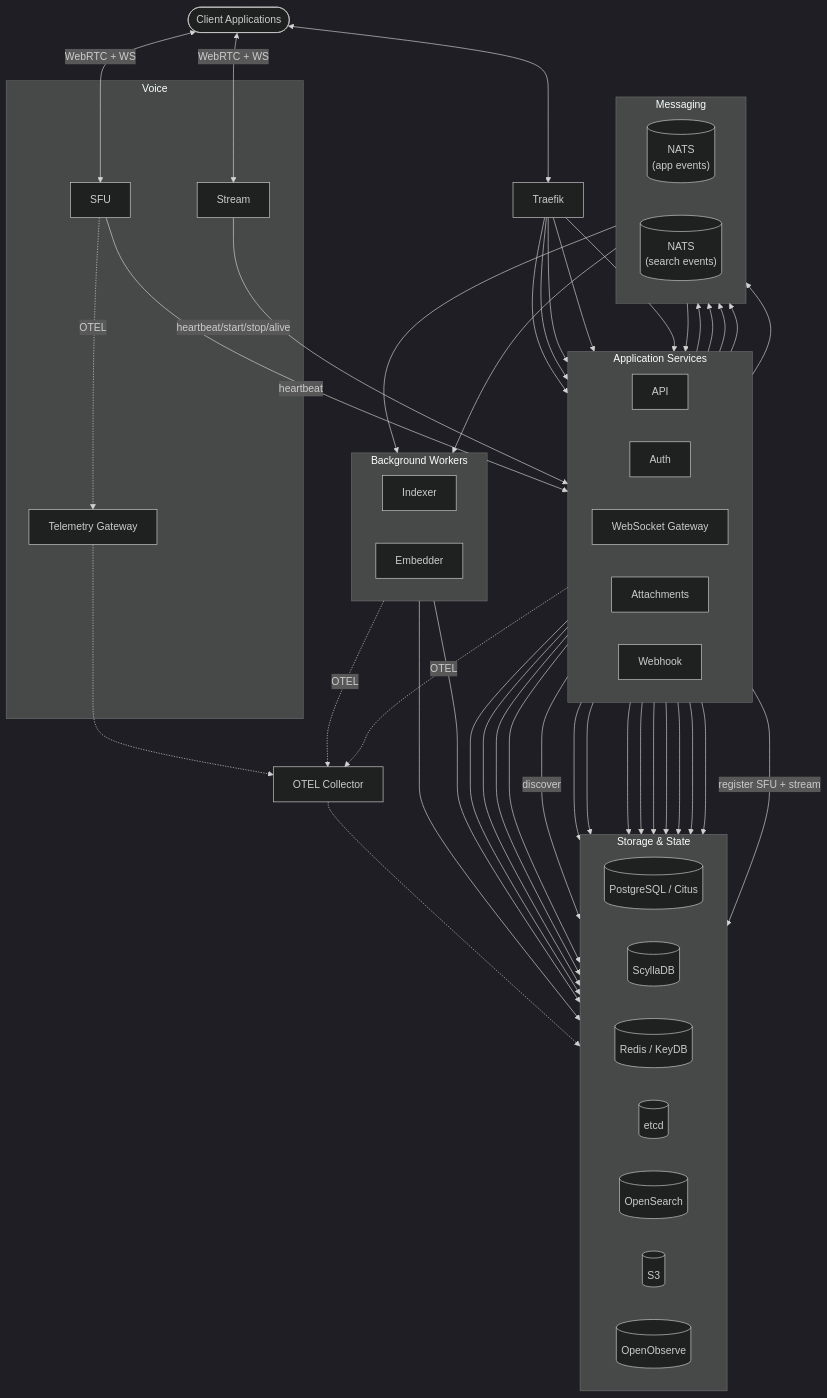
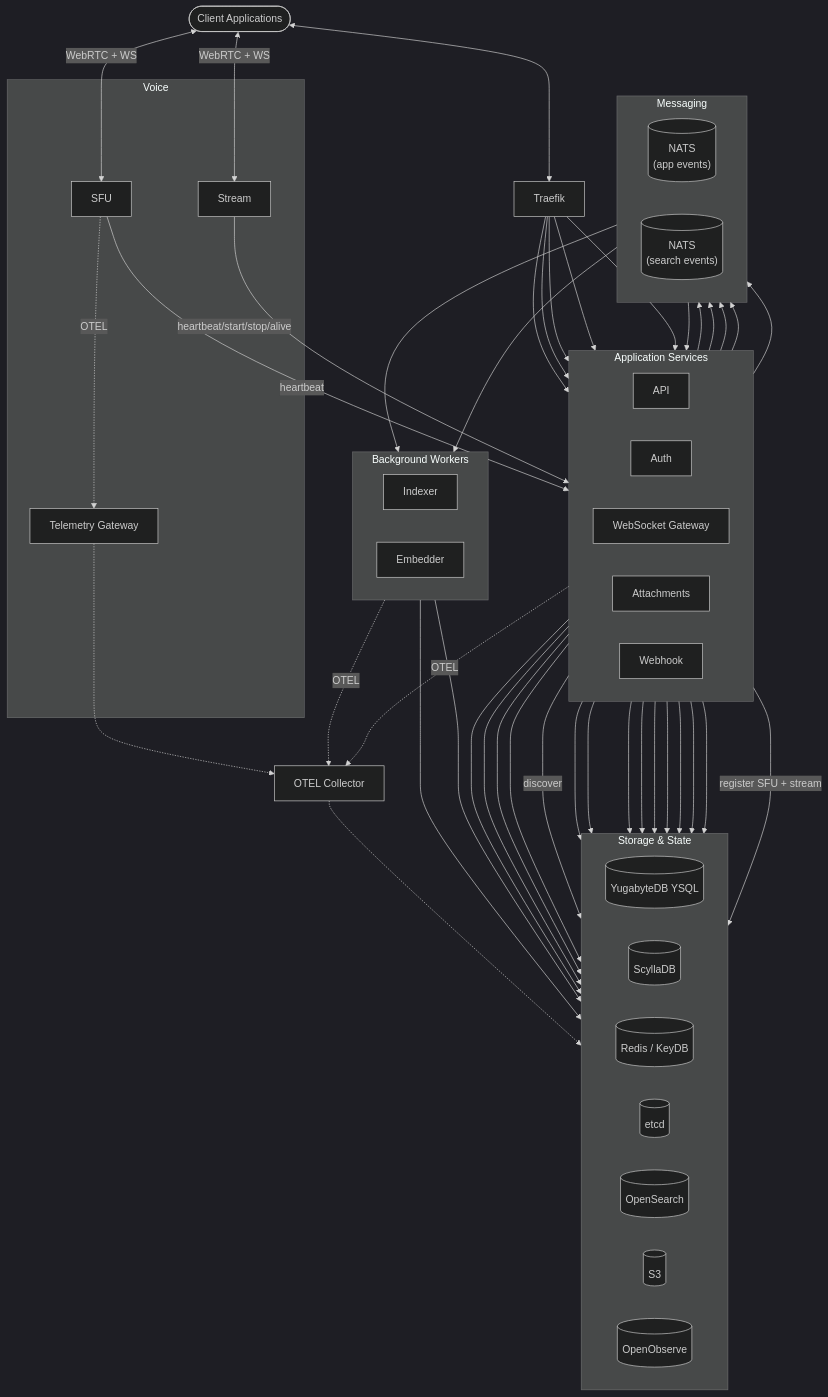
Before and after one commit to FlameInTheDark/gochat: the diagram in docs/project/Architecture.md, drawn with Mermaid. The commit also changed other lines of this file and 68 other files, not shown here.

````diff
--- a/docs/project/Architecture.md
+++ b/docs/project/Architecture.md
@@ -7,82 +7,82 @@
 ```mermaid
 ---
 config:
   theme: dark
 ---
 flowchart TD
     Client(["Client Applications"])
     Traefik["Traefik"]
 
     subgraph services["Application Services"]
         direction LR
         API["API"]
         Auth["Auth"]
         WS["WebSocket Gateway"]
         Attachments["Attachments"]
         Webhook["Webhook"]
     end
 
     subgraph messaging["Messaging"]
         direction LR
         NATS[("NATS\n(app events)")]
         NATS_S[("NATS\n(search events)")]
     end
 
     subgraph workers["Background Workers"]
         direction LR
         Indexer["Indexer"]
         Embedder["Embedder"]
     end
 
     subgraph storage["Storage & State"]
         direction LR
-        PG[("PostgreSQL / Citus")]
+    PG[("YugabyteDB YSQL")]
         Scylla[("ScyllaDB")]
         KeyDB[("Redis / KeyDB")]
         etcd[("etcd")]
         OS[("OpenSearch")]
         S3[("S3")]
         OO[("OpenObserve")]
     end
 
     subgraph voice["Voice"]
         SFU["SFU"]
         Stream["Stream"]
         TG["Telemetry Gateway"]
     end
 
     Collector["OTEL Collector"]
 
     Client <--> Traefik
     Traefik --> API & Auth & WS & Attachments & Webhook
 
     API --> NATS
     WS --> NATS
     Attachments --> NATS
     Webhook --> NATS
     NATS --> WS & Embedder
 
     API --> NATS_S
     NATS_S --> Indexer
 
     API --> PG & Scylla & KeyDB & OS
     API -- "discover" --> etcd
     Auth --> PG & KeyDB
     WS --> PG & Scylla & KeyDB
     Attachments --> PG & Scylla & S3
     Webhook --> Scylla
     Webhook -- "register SFU + stream" --> etcd
 
     Indexer --> OS
     Embedder --> Scylla
 
     Client <-- "WebRTC + WS" --> SFU
     Client <-- "WebRTC + WS" --> Stream
     SFU -- "heartbeat" --> Webhook
     Stream -- "heartbeat/start/stop/alive" --> Webhook
 
     services & workers -. "OTEL" .-> Collector
     SFU -. "OTEL" .-> TG
     TG -.-> Collector
     Collector -.-> OO
 ```
````
